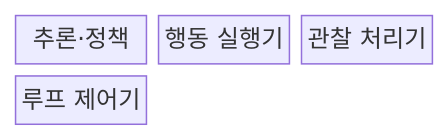
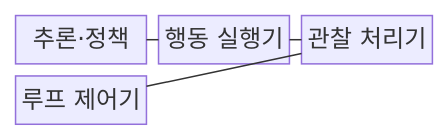
Before and after one commit to agnusdei1207/knowledge-base: the first of 2 diagrams in src/content/docs/notes/08-latest-tech/003_reasoning_and_acting.md, drawn with Mermaid. The commit also changed other lines of this file and 228 other files, not shown here.

````diff
--- a/src/content/docs/notes/08-latest-tech/003_reasoning_and_acting.md
+++ b/src/content/docs/notes/08-latest-tech/003_reasoning_and_acting.md
@@ -53,8 +53,11 @@
 ```mermaid
 block-beta
     columns 3
     R["추론·정책"]
     A["행동 실행기"]
     O["관찰 처리기"]
     L["루프 제어기"]
+    R --- A
+    A --- O
+    O --- L
 ```
````
